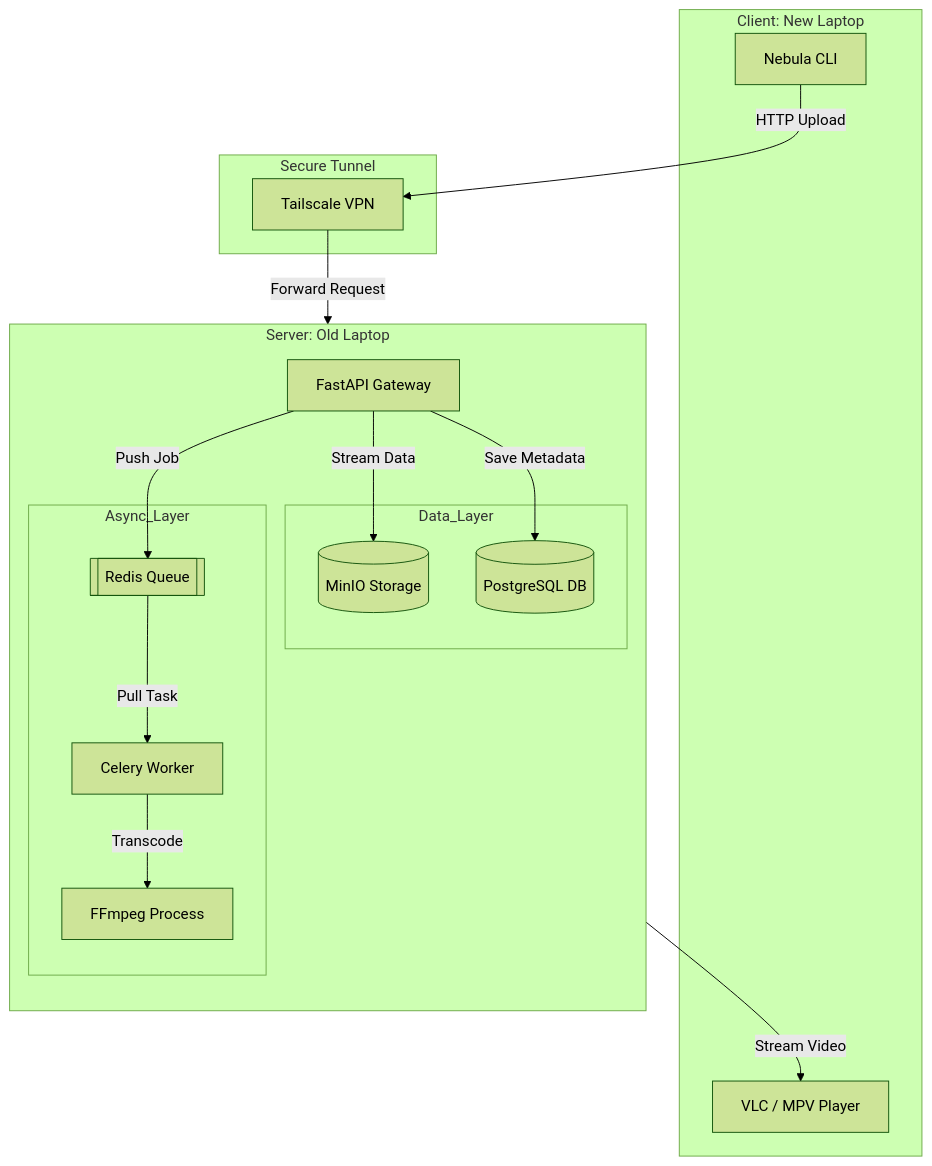
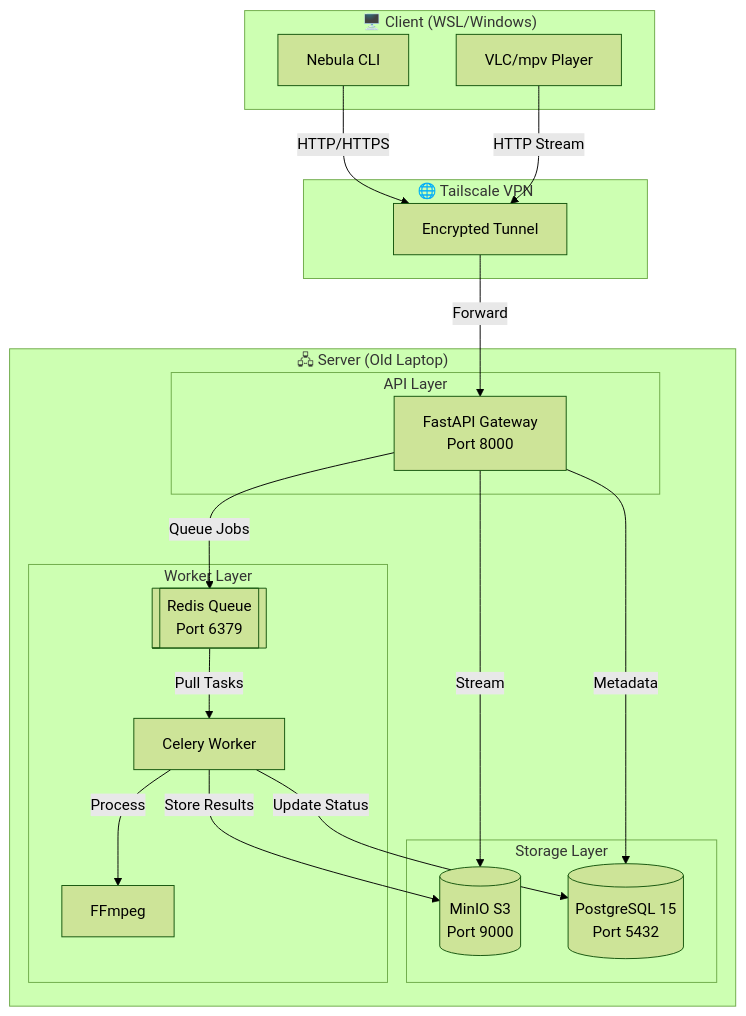
Before and after one commit to zeus-10/nebula: the diagram in README.md, drawn with Mermaid (forest theme). The commit also changed other lines of this file, not shown here.

````diff
--- a/README.md
+++ b/README.md
@@ -26,37 +121,41 @@
 ```mermaid
-graph TD
-    subgraph Client_Node [Client: New Laptop]
+graph TB
+    subgraph Client["🖥️ Client (WSL/Windows)"]
         CLI[Nebula CLI]
-        VLC[VLC / MPV Player]
+        VLC[VLC/mpv Player]
     end
-
-    subgraph Network [Secure Tunnel]
-        TS[Tailscale VPN]
+    
+    subgraph Network["🌐 Tailscale VPN"]
+        TS[Encrypted Tunnel]
     end
-
-    subgraph Server_Node [Server: Old Laptop]
-        direction TB
-        Proxy[FastAPI Gateway]
-        
-        subgraph Data_Layer
-            MinIO[(MinIO Storage)]
-            Postgres[(PostgreSQL DB)]
+    
+    subgraph Server["🖧 Server (Old Laptop)"]
+        subgraph API["API Layer"]
+            FastAPI[FastAPI Gateway<br/>Port 8000]
         end
         
-        subgraph Async_Layer
-            Redis[[Redis Queue]]
+        subgraph Storage["Storage Layer"]
+            MinIO[(MinIO S3<br/>Port 9000)]
+            Postgres[(PostgreSQL 15<br/>Port 5432)]
+        end
+        
+        subgraph Worker["Worker Layer"]
+            Redis[[Redis Queue<br/>Port 6379]]
             Celery[Celery Worker]
-            FFmpeg[FFmpeg Process]
+            FFmpeg[FFmpeg]
         end
     end
-
-    %% Data Flow
-    CLI -->|HTTP Upload| TS
-    TS -->|Forward Request| Proxy
-    Proxy -->|Stream Data| MinIO
-    Proxy -->|Save Metadata| Postgres
-    Proxy -->|Push Job| Redis
-    Redis -->|Pull Task| Celery
-    Celery -->|Transcode| FFmpeg
-    Proxy -->|Stream Video| VLC
+    
+    CLI -->|HTTP/HTTPS| TS
+    VLC -->|HTTP Stream| TS
+    TS -->|Forward| FastAPI
+    
+    FastAPI -->|Stream| MinIO
+    FastAPI -->|Metadata| Postgres
+    FastAPI -->|Queue Jobs| Redis
+    
+    Redis -->|Pull Tasks| Celery
+    Celery -->|Process| FFmpeg
+    Celery -->|Store Results| MinIO
+    Celery -->|Update Status| Postgres
 ```
````
